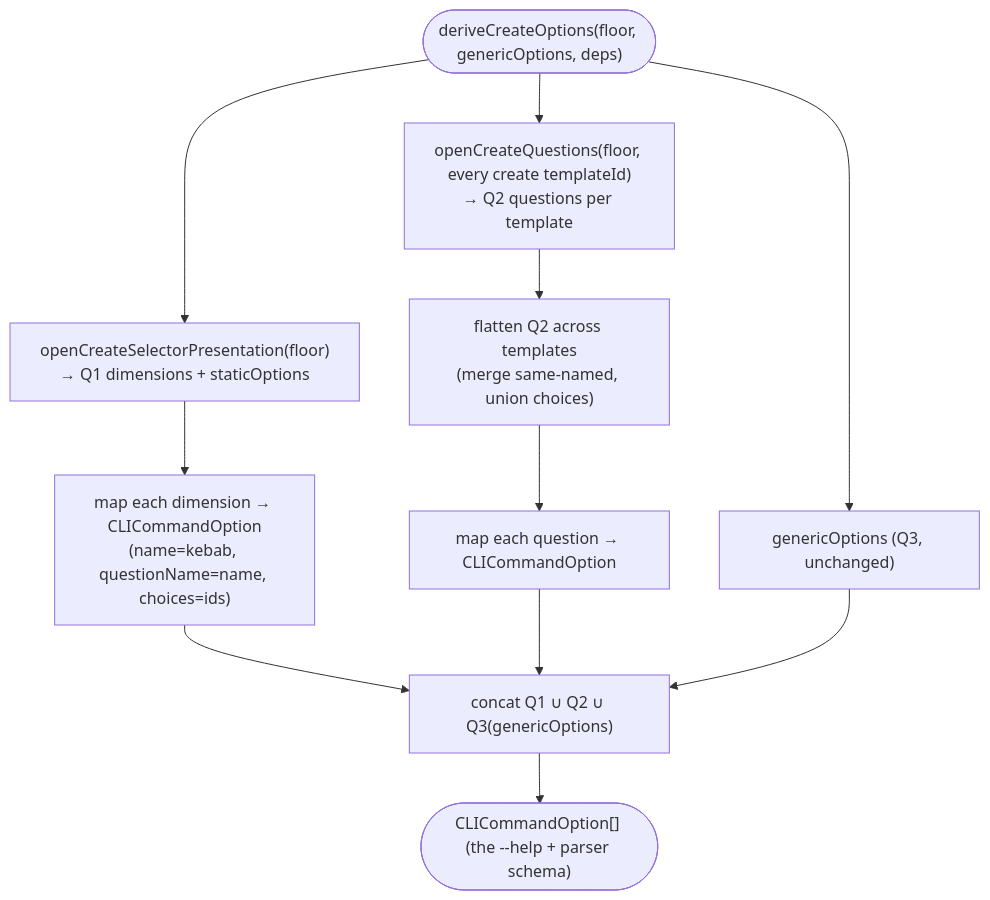
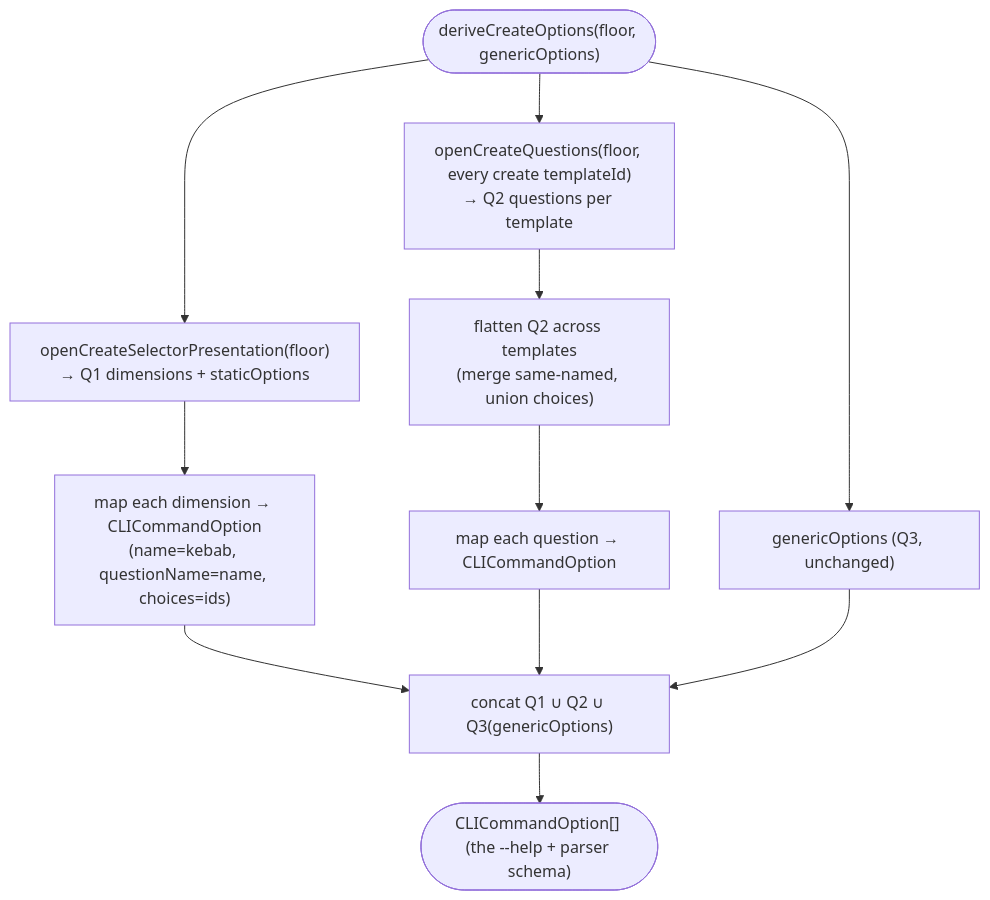
Before and after one commit to OfficeDev/microsoft-365-agents-toolkit: the diagram in docs/03-specs/operations/scaffolding/derive-cli-options.md, drawn with Mermaid. The commit also changed other lines of this file and 111 other files, not shown here.

````diff
--- a/docs/03-specs/operations/scaffolding/derive-cli-options.md
+++ b/docs/03-specs/operations/scaffolding/derive-cli-options.md
@@ -96,13 +96,13 @@
 ```mermaid
 flowchart TD
-  start(["deriveCreateOptions(floor, genericOptions, deps)"]) --> q1["openCreateSelectorPresentation(floor)\n→ Q1 dimensions + staticOptions"]
+  start(["deriveCreateOptions(floor, genericOptions)"]) --> q1["openCreateSelectorPresentation(floor)\n→ Q1 dimensions + staticOptions"]
   start --> q2["openCreateQuestions(floor, every create templateId)\n→ Q2 questions per template"]
   q1 --> mapQ1["map each dimension → CLICommandOption\n(name=kebab, questionName=name, choices=ids)"]
   q2 --> union["flatten Q2 across templates\n(merge same-named, union choices)"]
   union --> mapQ2["map each question → CLICommandOption"]
   mapQ1 --> merge["concat Q1 ∪ Q2 ∪ Q3(genericOptions)"]
   mapQ2 --> merge
   start --> q3["genericOptions (Q3, unchanged)"]
   q3 --> merge
   merge --> out(["CLICommandOption[] (the --help + parser schema)"])
 ```
````
